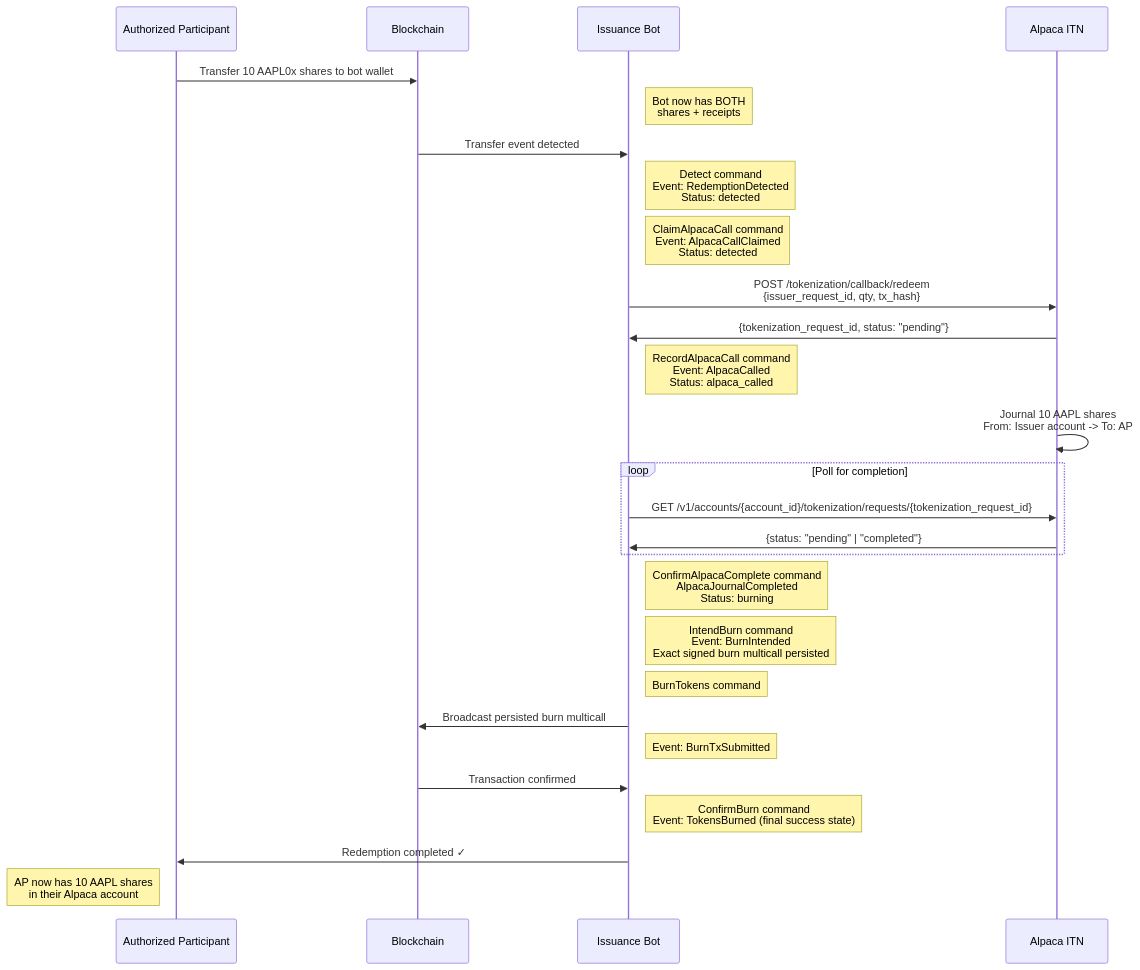
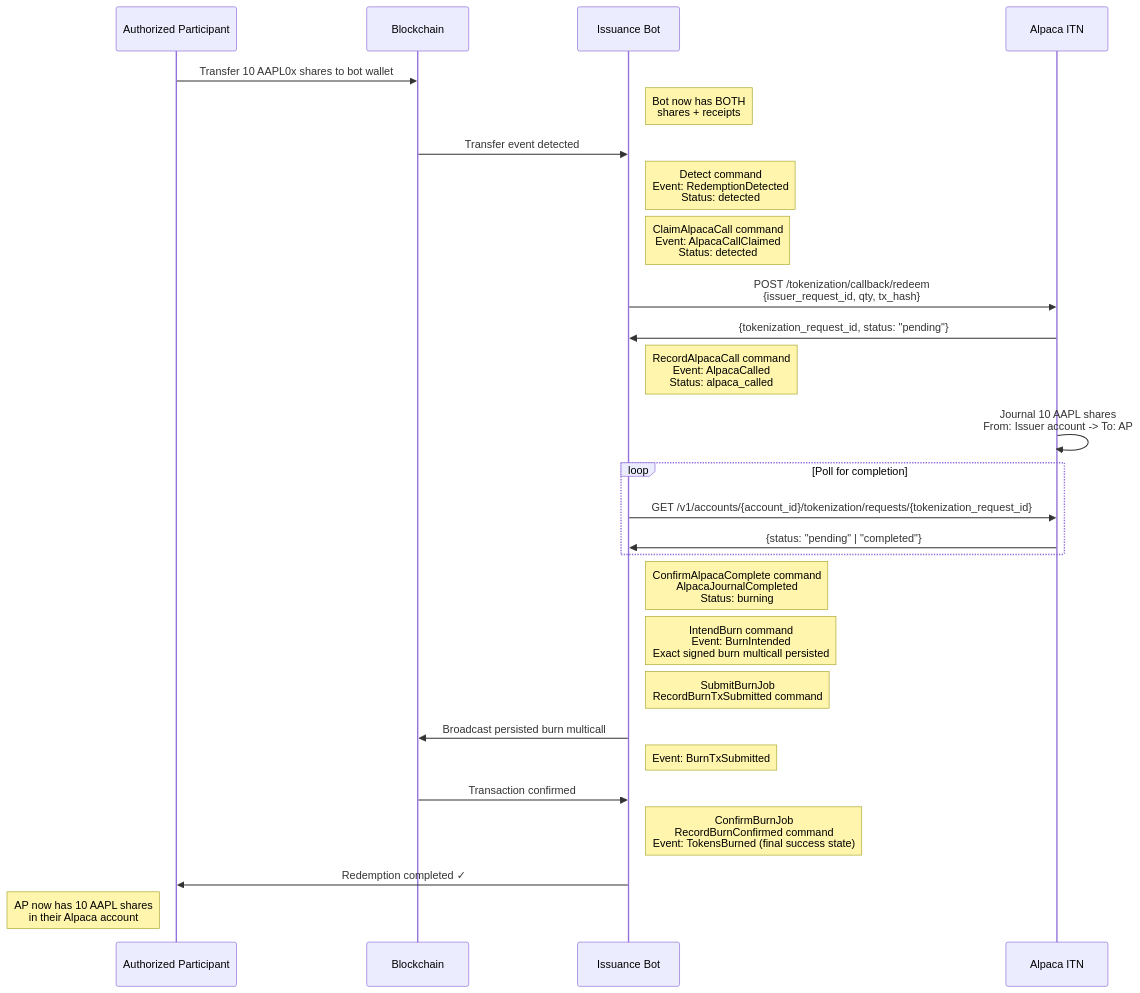
The seventh of 9 diagrams in SPEC.md (ST0x-Technology/st0x.issuance), drawn with Mermaid before and after one commit. The commit also changed other lines of this file, not shown here.

Commit message:
Update SPEC for the durable-job burn model

````diff
--- a/SPEC.md
+++ b/SPEC.md
@@ -3735,36 +3745,36 @@
 ```mermaid
 sequenceDiagram
     participant AP as Authorized Participant
     participant Blockchain as Blockchain
     participant Us as Issuance Bot
     participant Alpaca as Alpaca ITN
 
     AP->>Blockchain: Transfer 10 AAPL0x shares to bot wallet
     Note right of Us: Bot now has BOTH<br/>shares + receipts
     Blockchain->>Us: Transfer event detected
     Note right of Us: Detect command<br/>Event: RedemptionDetected<br/>Status: detected
 
     Note right of Us: ClaimAlpacaCall command<br/>Event: AlpacaCallClaimed<br/>Status: detected
     Us->>Alpaca: POST /tokenization/callback/redeem<br/>{issuer_request_id, qty, tx_hash}
     Alpaca->>Us: {tokenization_request_id, status: "pending"}
     Note right of Us: RecordAlpacaCall command<br/>Event: AlpacaCalled<br/>Status: alpaca_called
 
     Alpaca->>Alpaca: Journal 10 AAPL shares<br/>From: Issuer account -> To: AP
 
     loop Poll for completion
         Us->>Alpaca: GET /v1/accounts/{account_id}/tokenization/requests/{tokenization_request_id}
         Alpaca->>Us: {status: "pending" | "completed"}
     end
 
     Note right of Us: ConfirmAlpacaComplete command<br/>AlpacaJournalCompleted<br/>Status: burning
 
     Note right of Us: IntendBurn command<br/>Event: BurnIntended<br/>Exact signed burn multicall persisted
-    Note right of Us: BurnTokens command
+    Note right of Us: SubmitBurnJob<br/>RecordBurnTxSubmitted command
     Us->>Blockchain: Broadcast persisted burn multicall
     Note right of Us: Event: BurnTxSubmitted
     Blockchain->>Us: Transaction confirmed
-    Note right of Us: ConfirmBurn command<br/>Event: TokensBurned (final success state)
+    Note right of Us: ConfirmBurnJob<br/>RecordBurnConfirmed command<br/>Event: TokensBurned (final success state)
 
     Us->>AP: Redemption completed ✓
     Note left of AP: AP now has 10 AAPL shares<br/>in their Alpaca account
 ```
````
